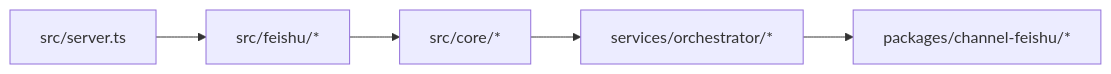
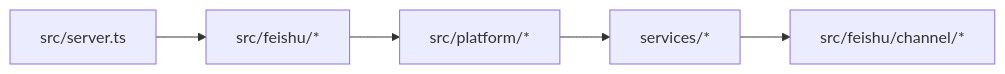
One commit to vzxxbacq/CollabVibe changed the diagram in docs/00-overview/system-overview.md. Above: the diagram before and after it, drawn with Mermaid. The commit also changed other lines of this file and 456 other files, not shown here.

````diff
--- a/docs/00-overview/system-overview.md
+++ b/docs/00-overview/system-overview.md
@@ -25,7 +25,7 @@
 ```mermaid
 flowchart LR
   A[src/server.ts] --> B[src/feishu/*]
-  B --> C[src/core/*]
-  C --> D[services/orchestrator/*]
-  D --> E[packages/channel-feishu/*]
+  B --> C[src/platform/*]
+  C --> D[services/*]
+  D --> E[src/feishu/channel/*]
 ```
````
